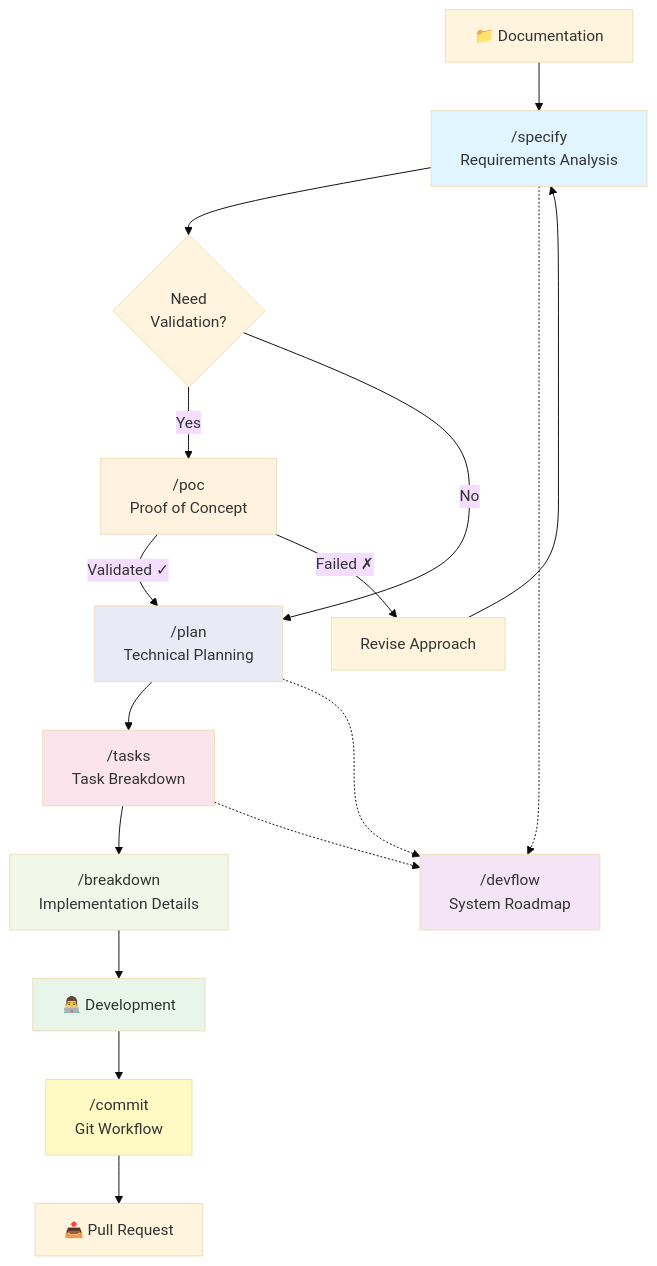
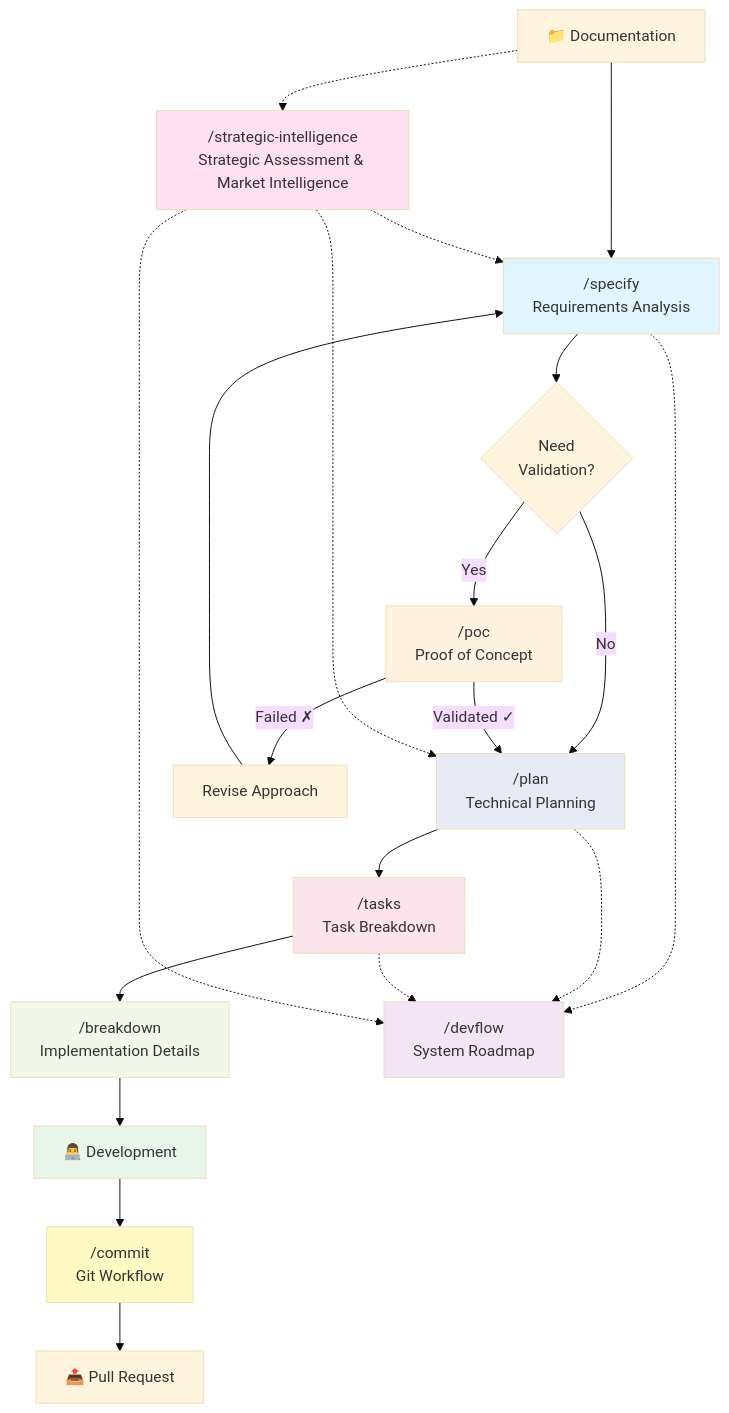
One commit to Mathews-Tom/sage-dev changed the first of 22 diagrams in commands/WORKFLOW.md. Above: the diagram before and after it, drawn with Mermaid (base theme). The commit also changed other lines of this file and 3 other files, not shown here.

First line of the commit message:
Add /strategic-intelligence command and integrate across docs; remove legacy gap analysis

````diff
--- a/commands/WORKFLOW.md
+++ b/commands/WORKFLOW.md
@@ -5,32 +5,38 @@
 ```mermaid
 graph TB
     Start[📁 Documentation] --> Specify["/specify<br/>Requirements Analysis"]
-    
+
     Specify --> POC{Need<br/>Validation?}
     POC -->|Yes| POCGen["/poc<br/>Proof of Concept"]
     POC -->|No| Plan
     POCGen -->|Validated ✓| Plan["/plan<br/>Technical Planning"]
     POCGen -->|Failed ✗| Revise[Revise Approach]
     Revise --> Specify
-    
+
     Plan --> Tasks["/tasks<br/>Task Breakdown"]
     Tasks --> Breakdown["/breakdown<br/>Implementation Details"]
-    
+
     Breakdown --> Dev[👨‍💻 Development]
-    
+
     Specify -.-> DevFlow["/devflow<br/>System Roadmap"]
     Plan -.-> DevFlow
     Tasks -.-> DevFlow
-    
+
+    Start -.-> Assessment["/strategic-intelligence<br/>Strategic Assessment & Market Intelligence"]
+    Assessment -.-> Specify
+    Assessment -.-> Plan
+    Assessment -.-> DevFlow
+
     Dev --> Commit["/commit<br/>Git Workflow"]
     Commit --> PR[📤 Pull Request]
-    
+
     style POCGen fill:#fff3e0
     style Specify fill:#e1f5fe
     style Dev fill:#e8f5e9
     style DevFlow fill:#f3e5f5
     style Plan fill:#e8eaf6
     style Tasks fill:#fce4ec
     style Breakdown fill:#f1f8e9
     style Commit fill:#fff9c4
+    style Assessment fill:#ffe0f0
 ```
````
